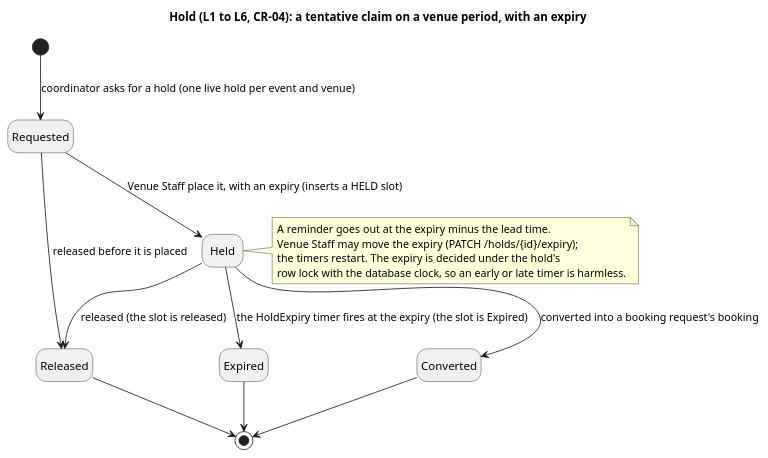
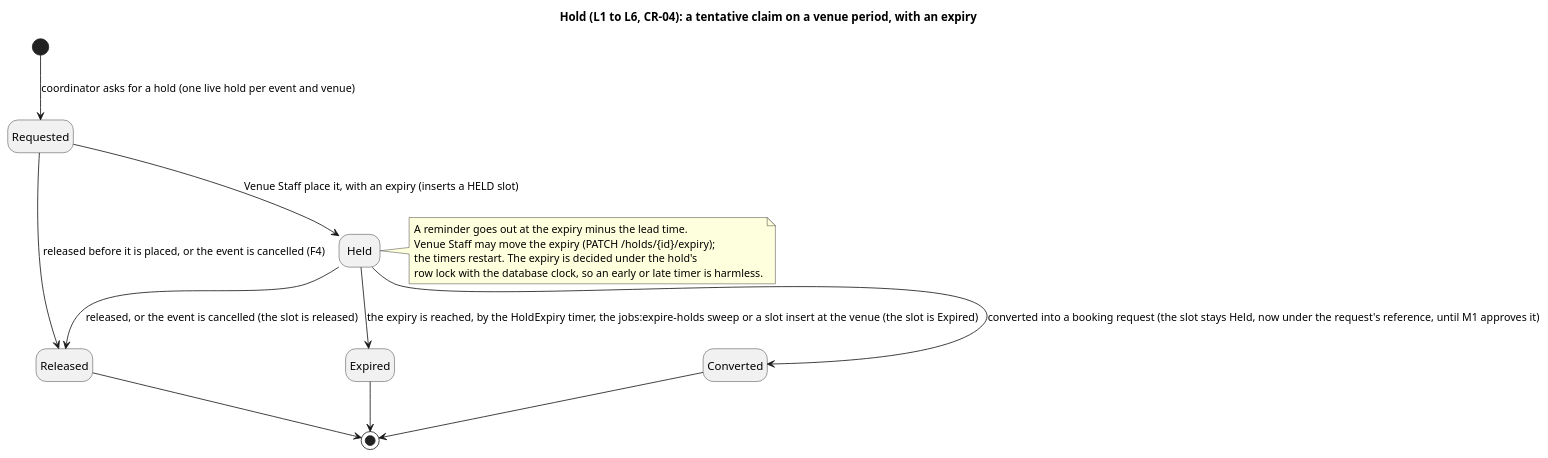
One commit to raphaelkwek/event-planning-and-venue-booking-system changed the diagram in documentation/architecture/domain/hold-states.puml. Above: the diagram before and after it, drawn with PlantUML. The commit also changed 4 other files, not shown here.

First line of the commit message:
docs(security): rewrite the threat model for the containers now built, fix state diagrams

```diff
--- a/documentation/architecture/domain/hold-states.puml
+++ b/documentation/architecture/domain/hold-states.puml
@@ -1,31 +1,31 @@
 @startuml hold-states
 title Hold (L1 to L6, CR-04): a tentative claim on a venue period, with an expiry
 ' Hand-written from modules/venue/repo/holds.ts and holdExpiry.ts and modules/venue/domain/hold.ts;
 ' statuses in backend/packages/contracts/src/venueHolds.ts. The timers are the HoldExpiry workflow
 ' (planning-core/src/temporal/workflows/holdExpiry.ts).
 hide empty description
 skinparam shadowing false
 
 state "Requested" as REQUESTED
 state "Held" as HELD
 state "Converted" as CONVERTED
 state "Released" as RELEASED
 state "Expired" as EXPIRED
 
 [*] --> REQUESTED : coordinator asks for a hold (one live hold per event and venue)
 REQUESTED --> HELD : Venue Staff place it, with an expiry (inserts a HELD slot)
-REQUESTED --> RELEASED : released before it is placed
-HELD --> CONVERTED : converted into a booking request's booking
-HELD --> RELEASED : released (the slot is released)
-HELD --> EXPIRED : the HoldExpiry timer fires at the expiry (the slot is Expired)
+REQUESTED --> RELEASED : released before it is placed, or the event is cancelled (F4)
+HELD --> CONVERTED : converted into a booking request (the slot stays Held, now under the request's reference, until M1 approves it)
+HELD --> RELEASED : released, or the event is cancelled (the slot is released)
+HELD --> EXPIRED : the expiry is reached, by the HoldExpiry timer, the jobs:expire-holds sweep or a slot insert at the venue (the slot is Expired)
 CONVERTED --> [*]
 RELEASED --> [*]
 EXPIRED --> [*]
 
 note right of HELD
   A reminder goes out at the expiry minus the lead time.
   Venue Staff may move the expiry (PATCH /holds/{id}/expiry);
   the timers restart. The expiry is decided under the hold's
   row lock with the database clock, so an early or late timer is harmless.
 end note
 @enduml
```
